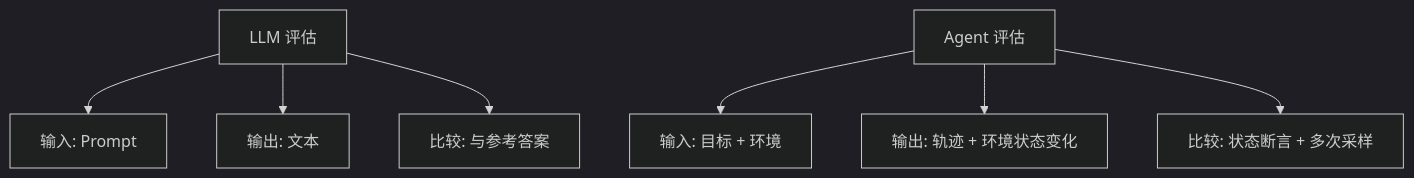
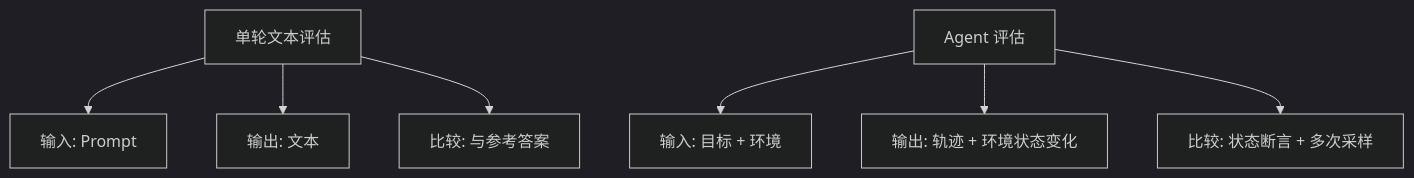
Before and after one commit to oneleaveknowsthefall/awesome-ai-roadmap: the first of 7 diagrams in docs/agent/05-production/14-agent-evaluation.md, drawn with Mermaid (dark theme). The commit also changed other lines of this file and 34 other files, not shown here.

````diff
--- a/docs/agent/05-production/14-agent-evaluation.md
+++ b/docs/agent/05-production/14-agent-evaluation.md
@@ -23,10 +23,10 @@
 ```mermaid
 flowchart TB
-    LLM[LLM 评估] --> L1[输入: Prompt]
+    LLM[单轮文本评估] --> L1[输入: Prompt]
     LLM --> L2[输出: 文本]
     LLM --> L3[比较: 与参考答案]
 
     AG[Agent 评估] --> A1[输入: 目标 + 环境]
     AG --> A2[输出: 轨迹 + 环境状态变化]
     AG --> A3[比较: 状态断言 + 多次采样]
 ```
````
